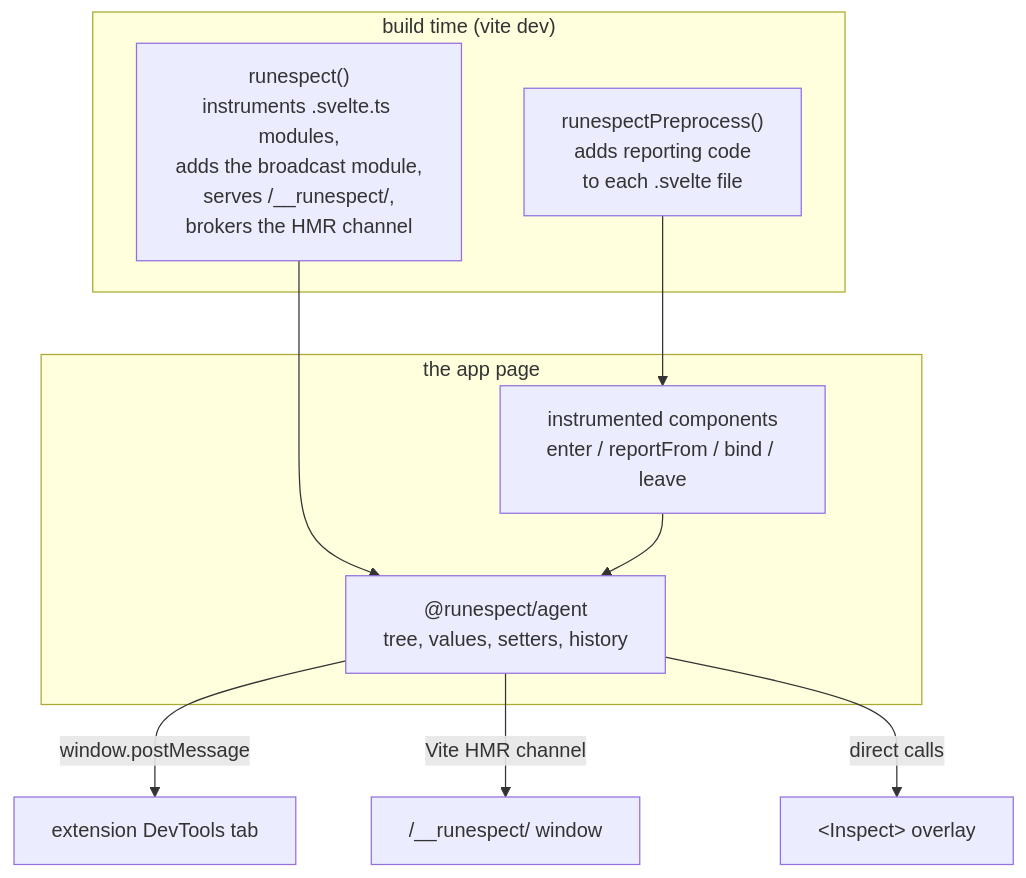
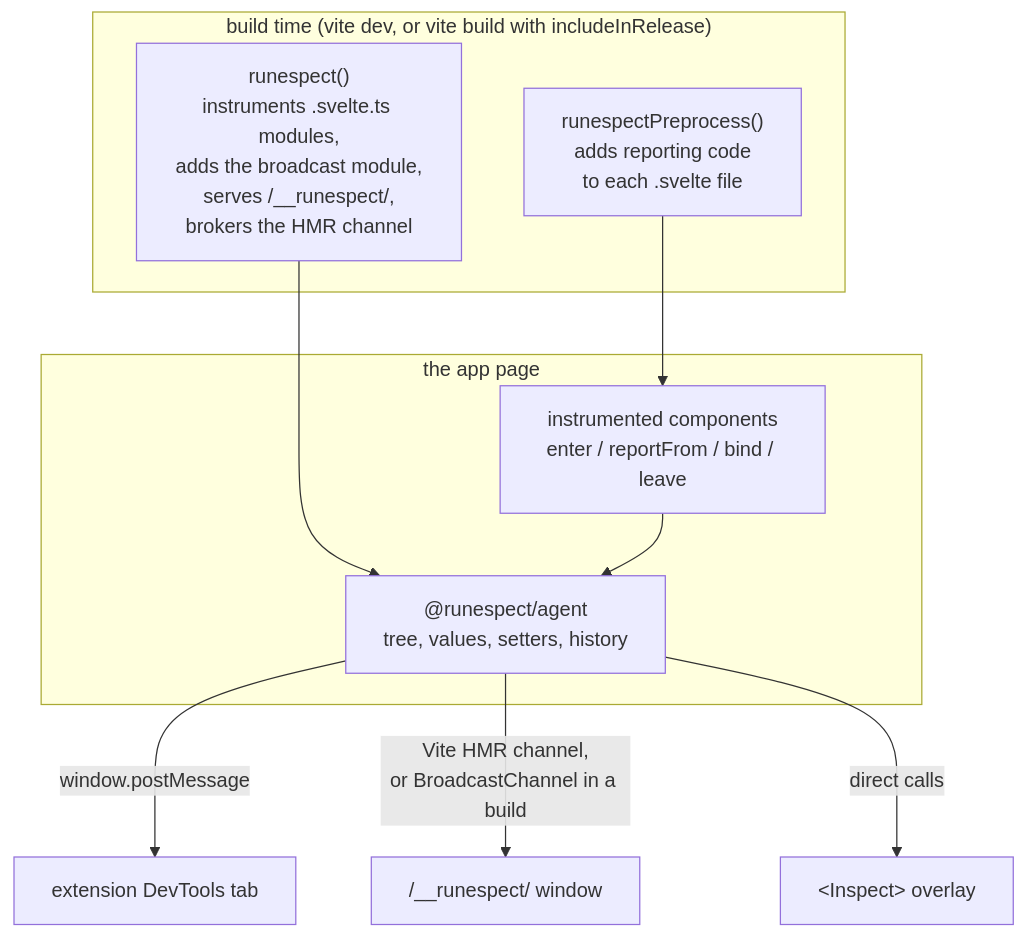
The first of 2 diagrams in docs/explanation/architecture.md (lelle/runespect), drawn with Mermaid before and after one commit. The commit also changed other lines of this file and 19 other files, not shown here.

Commit message:
feat: include the panel window in a release build

````diff
--- a/docs/explanation/architecture.md
+++ b/docs/explanation/architecture.md
@@ -27,17 +27,17 @@
 ```mermaid
 flowchart TB
-  subgraph build["build time (vite dev)"]
+  subgraph build["build time (vite dev, or vite build with includeInRelease)"]
     pre["runespectPreprocess()<br>adds reporting code<br>to each .svelte file"]
     plugin["runespect()<br>instruments .svelte.ts modules,<br>adds the broadcast module,<br>serves /__runespect/,<br>brokers the HMR channel"]
   end
   subgraph page["the app page"]
     comp["instrumented components<br>enter / reportFrom / bind / leave"]
     agent["@runespect/agent<br>tree, values, setters, history"]
   end
   pre --> comp
   plugin --> agent
   comp --> agent
   agent -- "window.postMessage" --> ext["extension DevTools tab"]
-  agent -- "Vite HMR channel" --> win["/__runespect/ window"]
+  agent -- "Vite HMR channel,<br>or BroadcastChannel in a build" --> win["/__runespect/ window"]
   agent -- "direct calls" --> overlay["#lt;Inspect#gt; overlay"]
 ```
````
